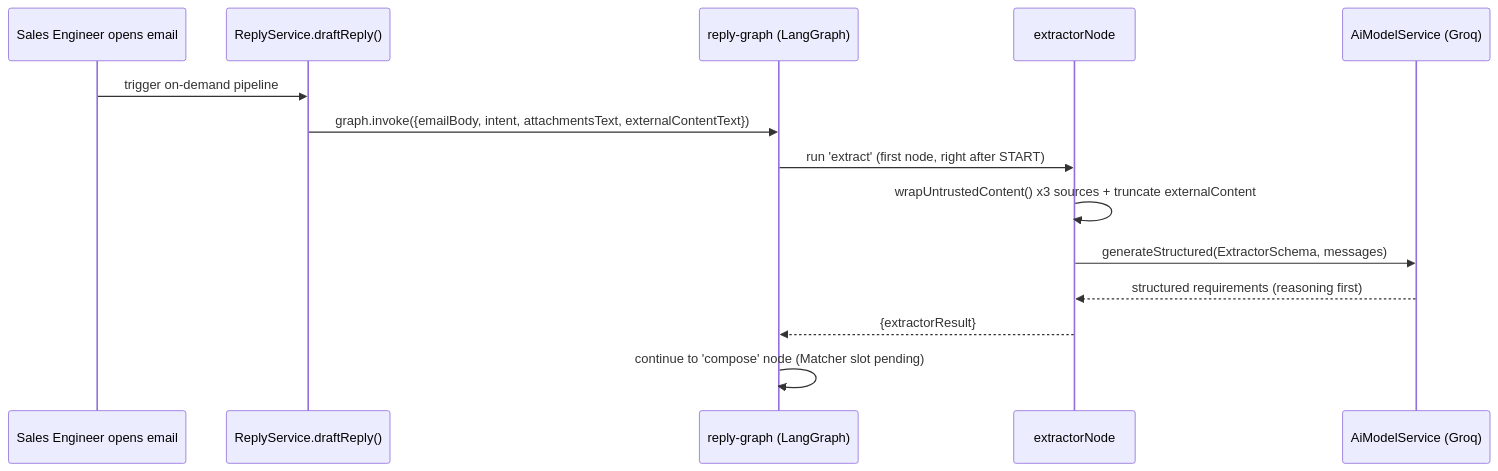
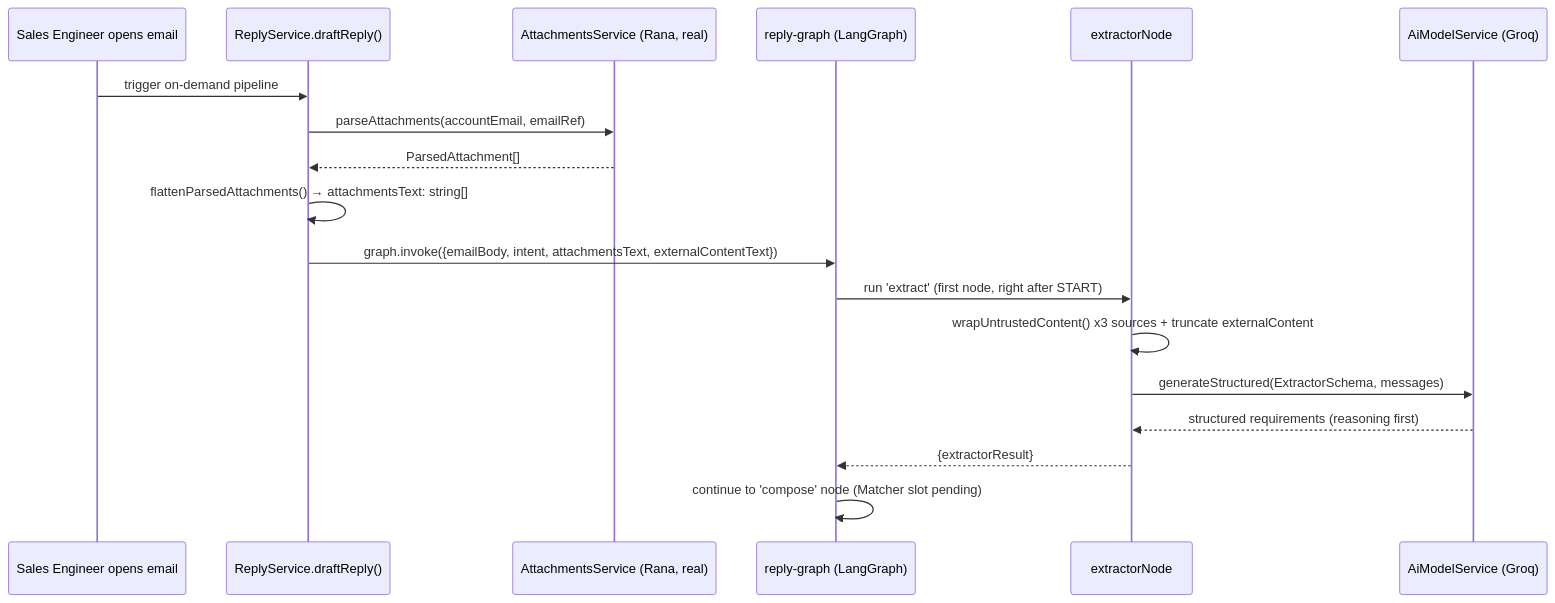
The fifth of 5 diagrams in PR1_Extractor_Agent.md (muhammad-khaled-tech/My-Study-Notes), drawn with Mermaid before and after one commit. The commit also changed other lines of this file and 3 other files, not shown here.

````diff
--- a/PR1_Extractor_Agent.md
+++ b/PR1_Extractor_Agent.md
@@ -897,17 +1060,21 @@
 ```mermaid
 sequenceDiagram
     participant SE as Sales Engineer opens email
     participant Reply as ReplyService.draftReply()
+    participant Att as AttachmentsService (Rana, real)
     participant Graph as reply-graph (LangGraph)
     participant Node as extractorNode
     participant Model as AiModelService (Groq)
 
     SE->>Reply: trigger on-demand pipeline
+    Reply->>Att: parseAttachments(accountEmail, emailRef)
+    Att-->>Reply: ParsedAttachment[]
+    Reply->>Reply: flattenParsedAttachments() → attachmentsText: string[]
     Reply->>Graph: graph.invoke({emailBody, intent, attachmentsText, externalContentText})
     Graph->>Node: run 'extract' (first node, right after START)
     Node->>Node: wrapUntrustedContent() x3 sources + truncate externalContent
     Node->>Model: generateStructured(ExtractorSchema, messages)
     Model-->>Node: structured requirements (reasoning first)
     Node-->>Graph: {extractorResult}
     Graph->>Graph: continue to 'compose' node (Matcher slot pending)
 ```
````
